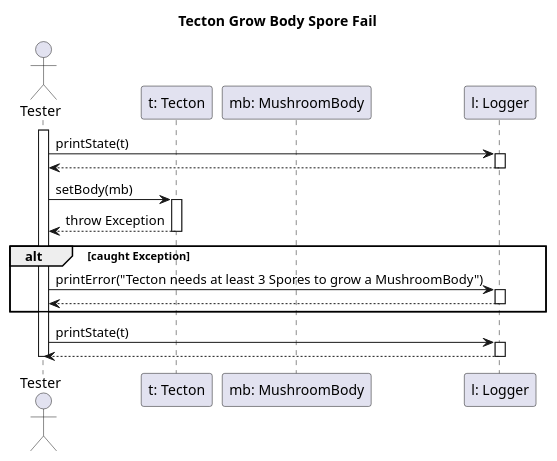
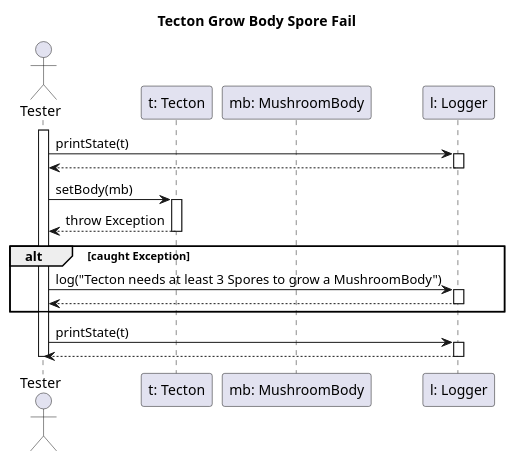
The diagram in diagrams/test-sequence/tectonGrowBodySporeFail.puml (dzsem/projlab), drawn with PlantUML before and after one commit. The commit also changed 6 other files, not shown here.

```diff
--- a/diagrams/test-sequence/tectonGrowBodySporeFail.puml
+++ b/diagrams/test-sequence/tectonGrowBodySporeFail.puml
@@ -1,37 +1,37 @@
 @startuml tectonGrowBodyTest
 
 title Tecton Grow Body Spore Fail
 
 actor "Tester" as ts
 participant "t: Tecton" as t
 participant "mb: MushroomBody" as mb
 participant "l: Logger" as l
 
 activate ts
 
 ts -> l: printState(t)
 activate l
 ts <-- l
 deactivate l
 
 ts -> t: setBody(mb)
 activate t
 
 ts <-- t: throw Exception
 deactivate t
 
 alt caught Exception
-    ts -> l: printError("Tecton needs at least 3 Spores to grow a MushroomBody")
+    ts -> l: log("Tecton needs at least 3 Spores to grow a MushroomBody")
     activate l
     ts <-- l
     deactivate l    
 end
 
 ts -> l: printState(t)
 activate l
 ts <-- l
 deactivate l
 
 deactivate ts
 
 @enduml
```
